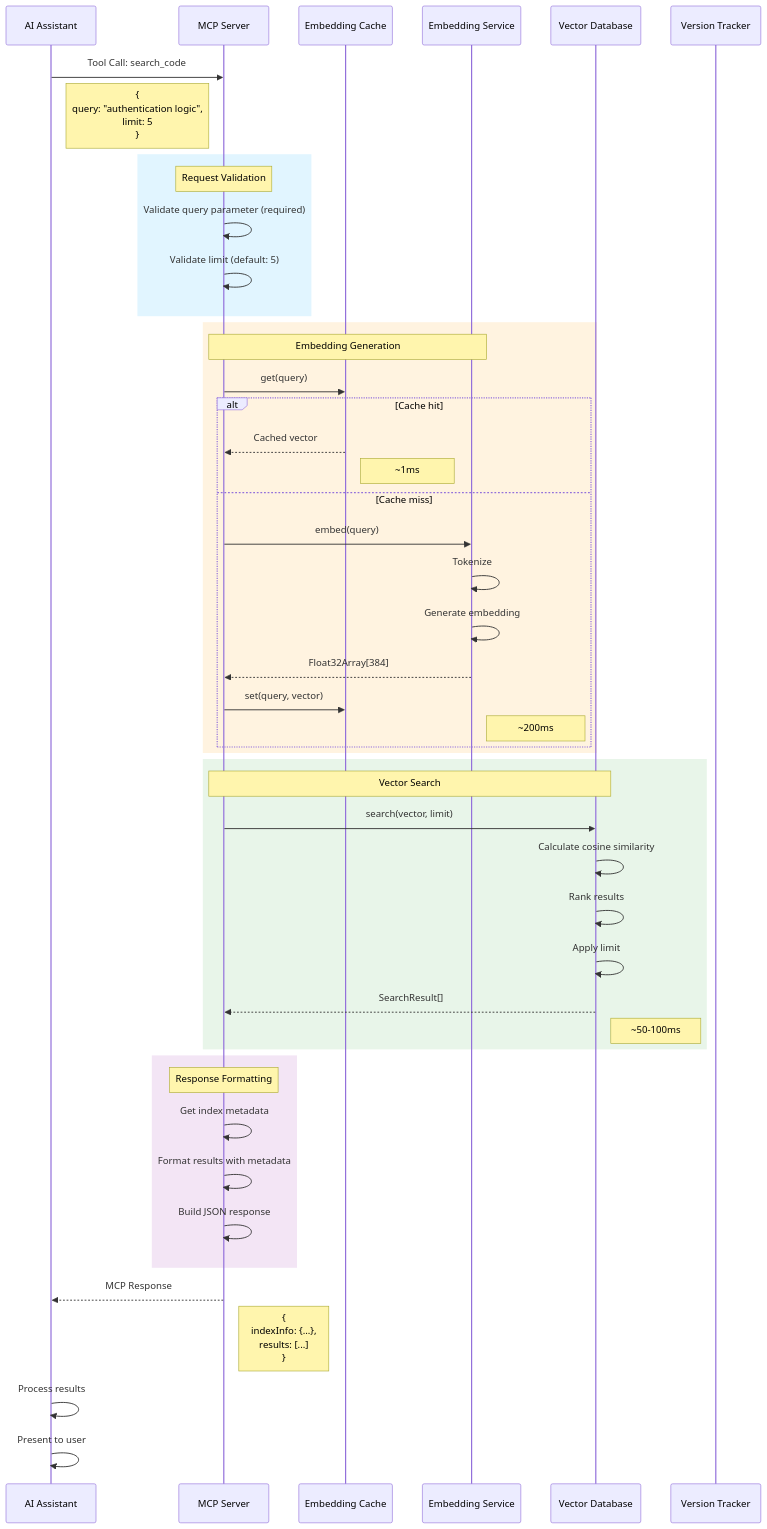
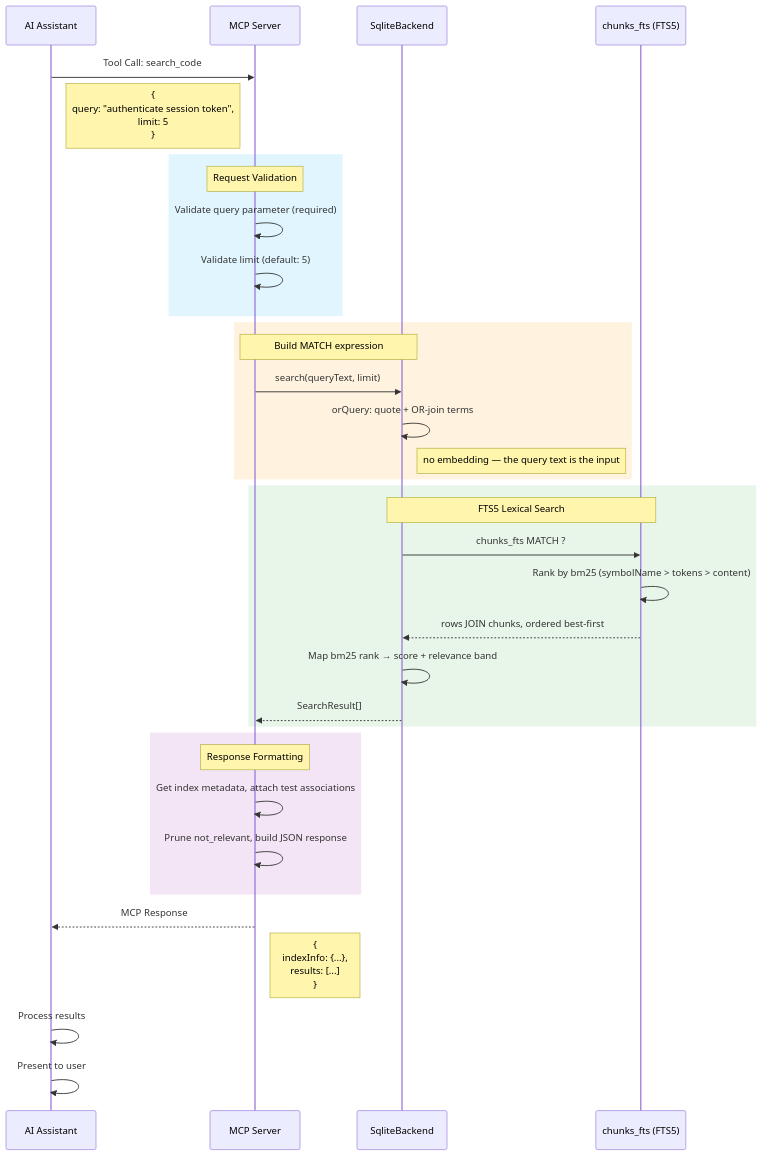
The second of 6 diagrams in docs/architecture/mcp-server-flow.md (getlien/lien), drawn with Mermaid before and after one commit. The commit also changed other lines of this file and 132 other files, not shown here.

````diff
--- a/docs/architecture/mcp-server-flow.md
+++ b/docs/architecture/mcp-server-flow.md
@@ -109,58 +103,44 @@
 ```mermaid
 sequenceDiagram
     participant AI as AI Assistant
     participant MCP as MCP Server
-    participant Cache as Embedding Cache
-    participant Embeddings as Embedding Service
-    participant VectorDB as Vector Database
-    participant Version as Version Tracker
-    
+    participant Store as SqliteBackend
+    participant FTS as chunks_fts (FTS5)
+
     AI->>MCP: Tool Call: search_code
-    Note right of AI: {<br/>  query: "authentication logic",<br/>  limit: 5<br/>}
-    
+    Note right of AI: {<br/>  query: "authenticate session token",<br/>  limit: 5<br/>}
+
     rect rgb(225, 245, 255)
         Note over MCP: Request Validation
         MCP->>MCP: Validate query parameter (required)
         MCP->>MCP: Validate limit (default: 5)
     end
-    
+
     rect rgb(255, 243, 224)
-        Note over MCP,Embeddings: Embedding Generation
-        MCP->>Cache: get(query)
-        
-        alt Cache hit
-            Cache-->>MCP: Cached vector
-            Note right of Cache: ~1ms
-        else Cache miss
-            MCP->>Embeddings: embed(query)
-            Embeddings->>Embeddings: Tokenize
-            Embeddings->>Embeddings: Generate embedding
-            Embeddings-->>MCP: Float32Array[384]
-            MCP->>Cache: set(query, vector)
-            Note right of Embeddings: ~200ms
-        end
+        Note over MCP,Store: Build MATCH expression
+        MCP->>Store: search(queryText, limit)
+        Store->>Store: orQuery: quote + OR-join terms
+        Note right of Store: no embedding — the query text is the input
     end
-    
+
     rect rgb(232, 245, 233)
-        Note over MCP,VectorDB: Vector Search
-        MCP->>VectorDB: search(vector, limit)
-        VectorDB->>VectorDB: Calculate cosine similarity
-        VectorDB->>VectorDB: Rank results
-        VectorDB->>VectorDB: Apply limit
-        VectorDB-->>MCP: SearchResult[]
-        Note right of VectorDB: ~50-100ms
+        Note over Store,FTS: FTS5 Lexical Search
+        Store->>FTS: chunks_fts MATCH ?
+        FTS->>FTS: Rank by bm25 (symbolName > tokens > content)
+        FTS-->>Store: rows JOIN chunks, ordered best-first
+        Store->>Store: Map bm25 rank → score + relevance band
+        Store-->>MCP: SearchResult[]
     end
-    
+
     rect rgb(243, 229, 245)
         Note over MCP: Response Formatting
-        MCP->>MCP: Get index metadata
-        MCP->>MCP: Format results with metadata
-        MCP->>MCP: Build JSON response
+        MCP->>MCP: Get index metadata, attach test associations
+        MCP->>MCP: Prune not_relevant, build JSON response
     end
-    
+
     MCP-->>AI: MCP Response
     Note right of MCP: {<br/>  indexInfo: {...},<br/>  results: [...]<br/>}
-    
+
     AI->>AI: Process results
     AI->>AI: Present to user
 ```
````
